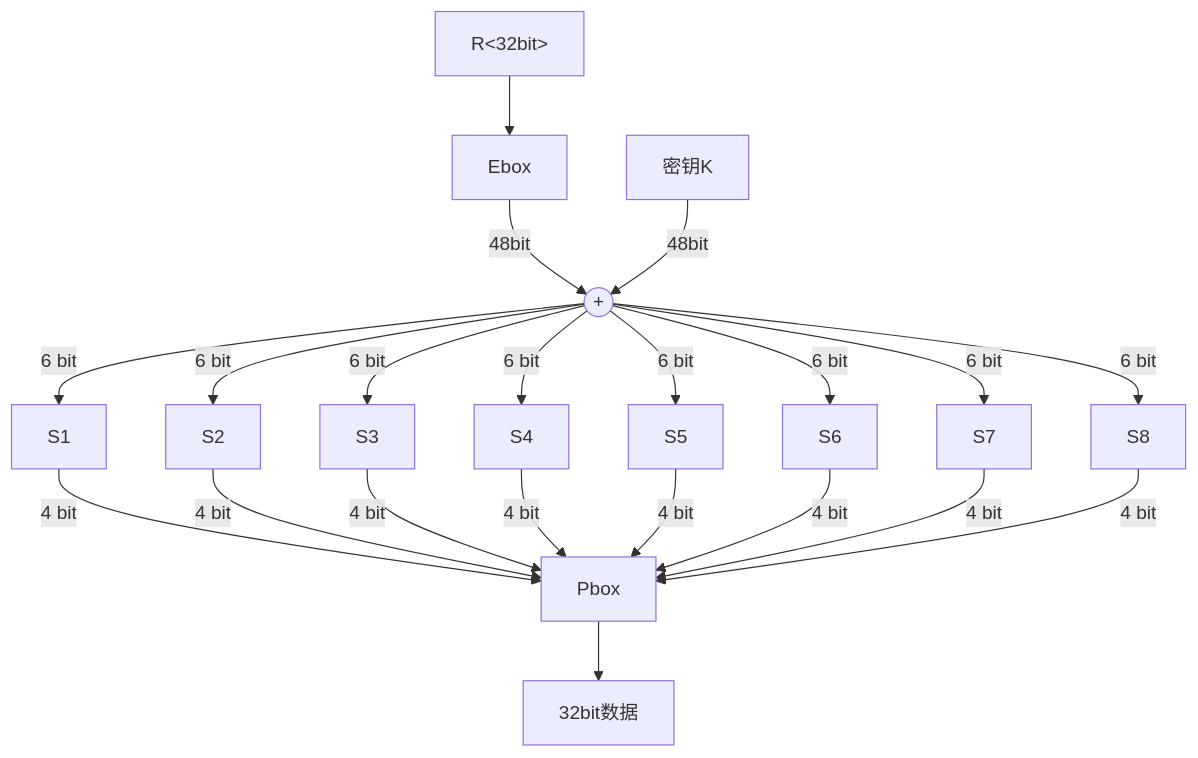
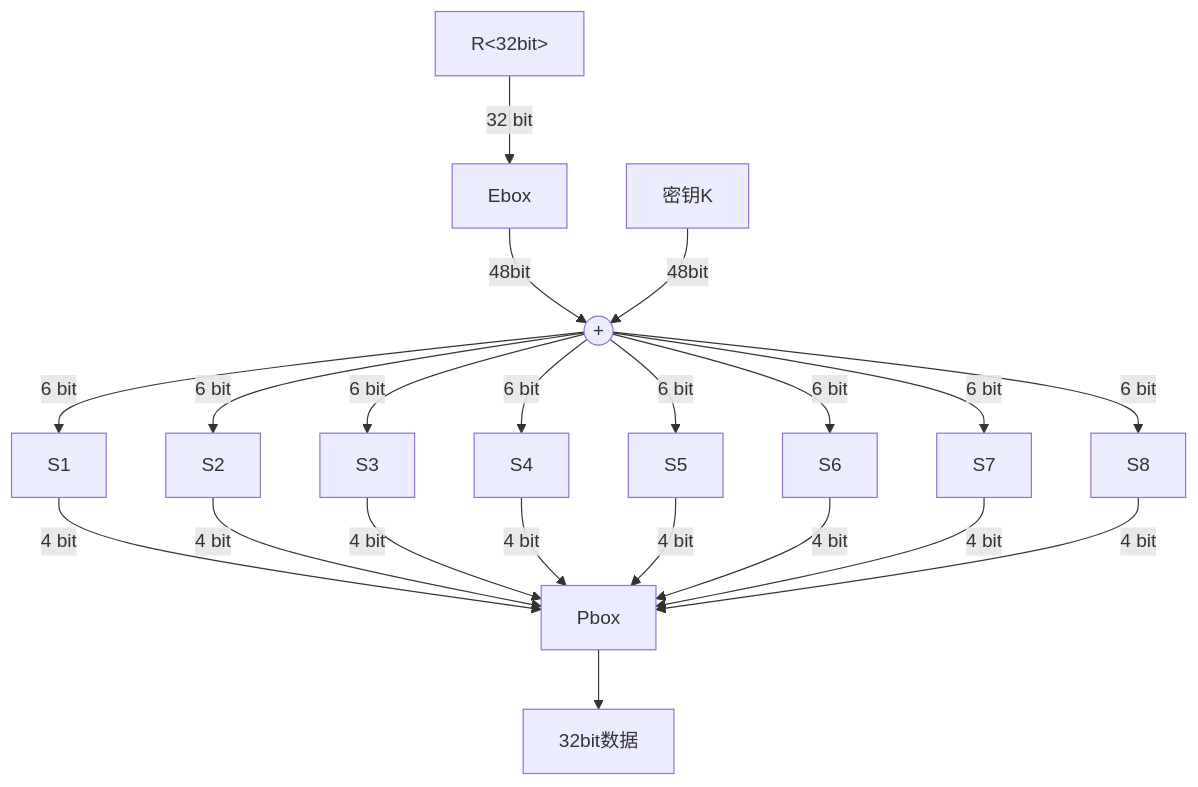
The second of 2 diagrams in _posts/2024-04-26-cryptography.markdown (ztracer/ztracer.github.io), drawn with Mermaid before and after one commit.

Commit message:
crypto1.3

````diff
--- a/_posts/2024-04-26-cryptography.markdown
+++ b/_posts/2024-04-26-cryptography.markdown
@@ -85,28 +85,28 @@
             ```mermaid
             graph TD
-            R["R<32bit>"] --> Ebox
+            R["R<32bit>"] -->|32 bit| Ebox
 
             Ebox -- 48bit --> +((+))
             密钥K -- 48bit --> +
 
             + -->|6 bit| S1
             + -->|6 bit| S2
             + -->|6 bit| S3
             + -->|6 bit| S4
             + -->|6 bit| S5
             + -->|6 bit| S6
             + -->|6 bit| S7
             + -->|6 bit| S8
 
             S1 -->|4 bit| Pbox
             S2 -->|4 bit| Pbox
             S3 -->|4 bit| Pbox
             S4 -->|4 bit| Pbox
             S5 -->|4 bit| Pbox
             S6 -->|4 bit| Pbox
             S7 -->|4 bit| Pbox
             S8 -->|4 bit| Pbox
 
             Pbox --> Result[32bit数据]
 
             ``` 
````
